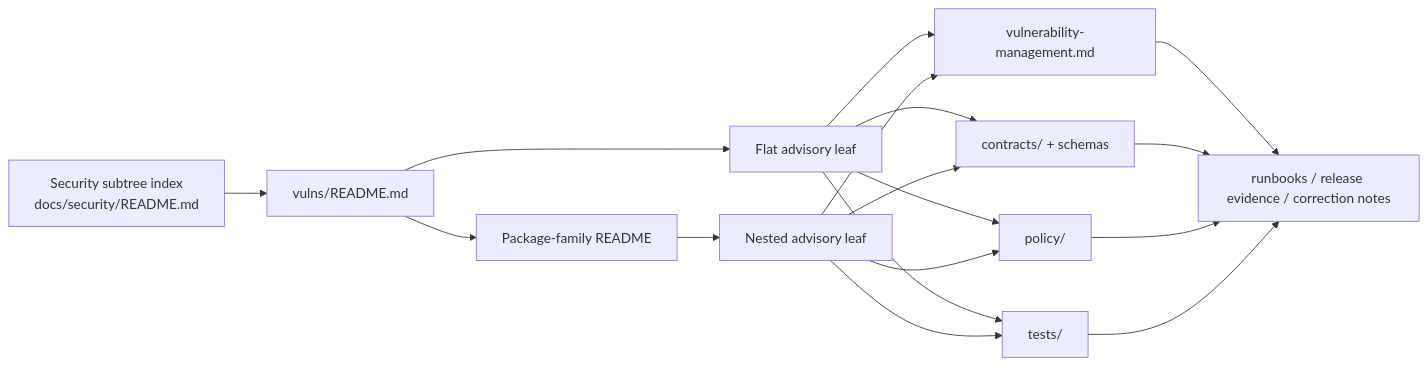
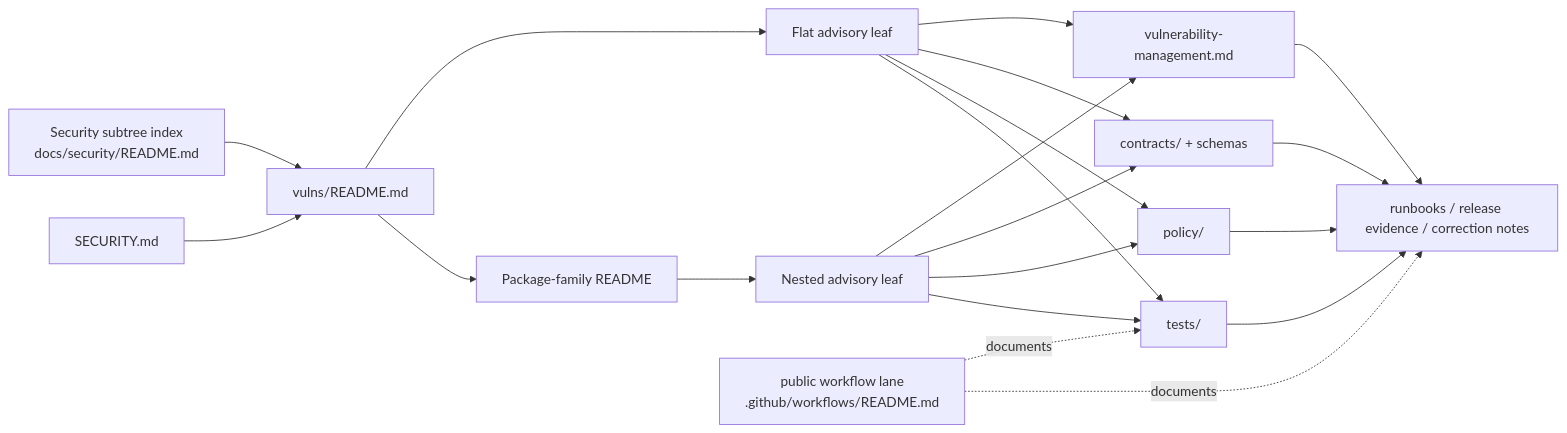
One commit to bartytime4life/Kansas-Frontier-Matrix changed the diagram in docs/security/vulns/README.md. Above: the diagram before and after it, drawn with Mermaid. The commit also changed other lines of this file, not shown here.

````diff
--- a/docs/security/vulns/README.md
+++ b/docs/security/vulns/README.md
@@ -235,30 +245,35 @@
 ```mermaid
 flowchart LR
     A[Security subtree index<br/>docs/security/README.md]
     B[vulns/README.md]
     C[Flat advisory leaf]
     D[Package-family README]
     E[Nested advisory leaf]
     F[vulnerability-management.md]
-    G[contracts/ + schemas]
-    H[policy/]
-    I[tests/]
-    J[runbooks / release evidence / correction notes]
+    G[SECURITY.md]
+    H[contracts/ + schemas]
+    I[policy/]
+    J[tests/]
+    K[public workflow lane<br/>.github/workflows/README.md]
+    L[runbooks / release evidence / correction notes]
 
     A --> B
+    G --> B
     B --> C
     B --> D
     D --> E
     C --> F
     E --> F
-    C --> G
-    E --> G
     C --> H
     E --> H
     C --> I
     E --> I
-    F --> J
-    G --> J
-    H --> J
-    I --> J
+    C --> J
+    E --> J
+    K -. documents .-> J
+    K -. documents .-> L
+    F --> L
+    H --> L
+    I --> L
+    J --> L
 ```
````
